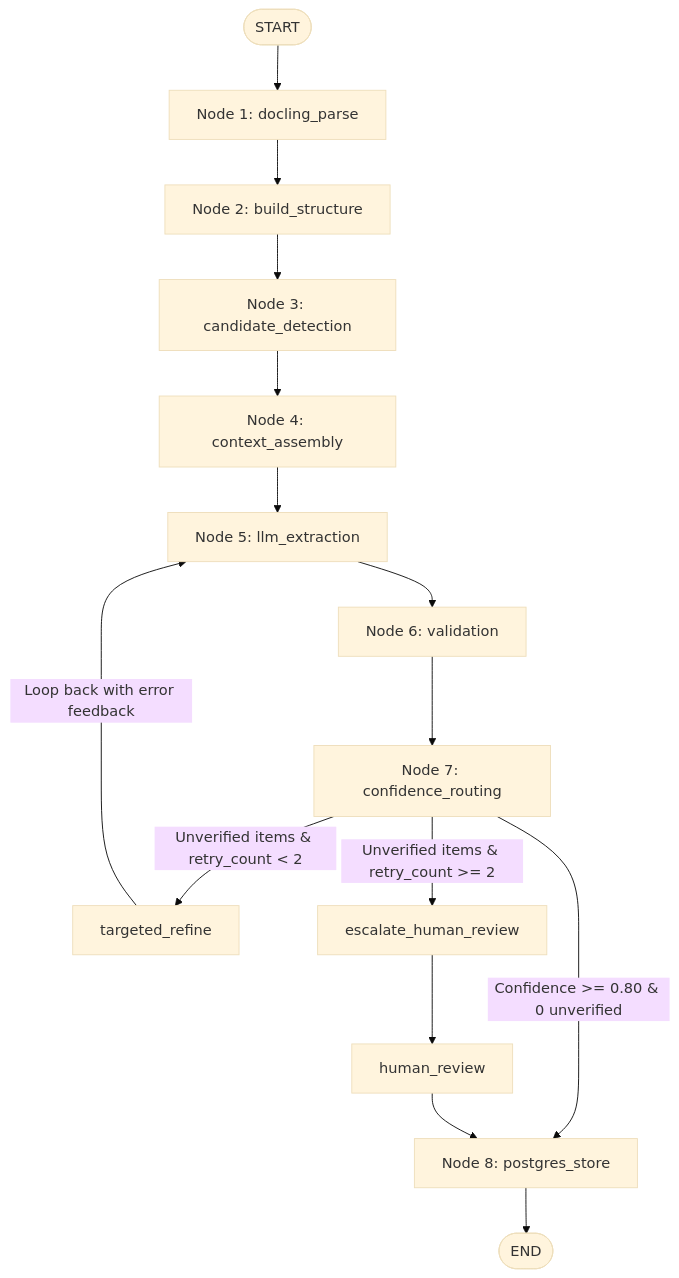
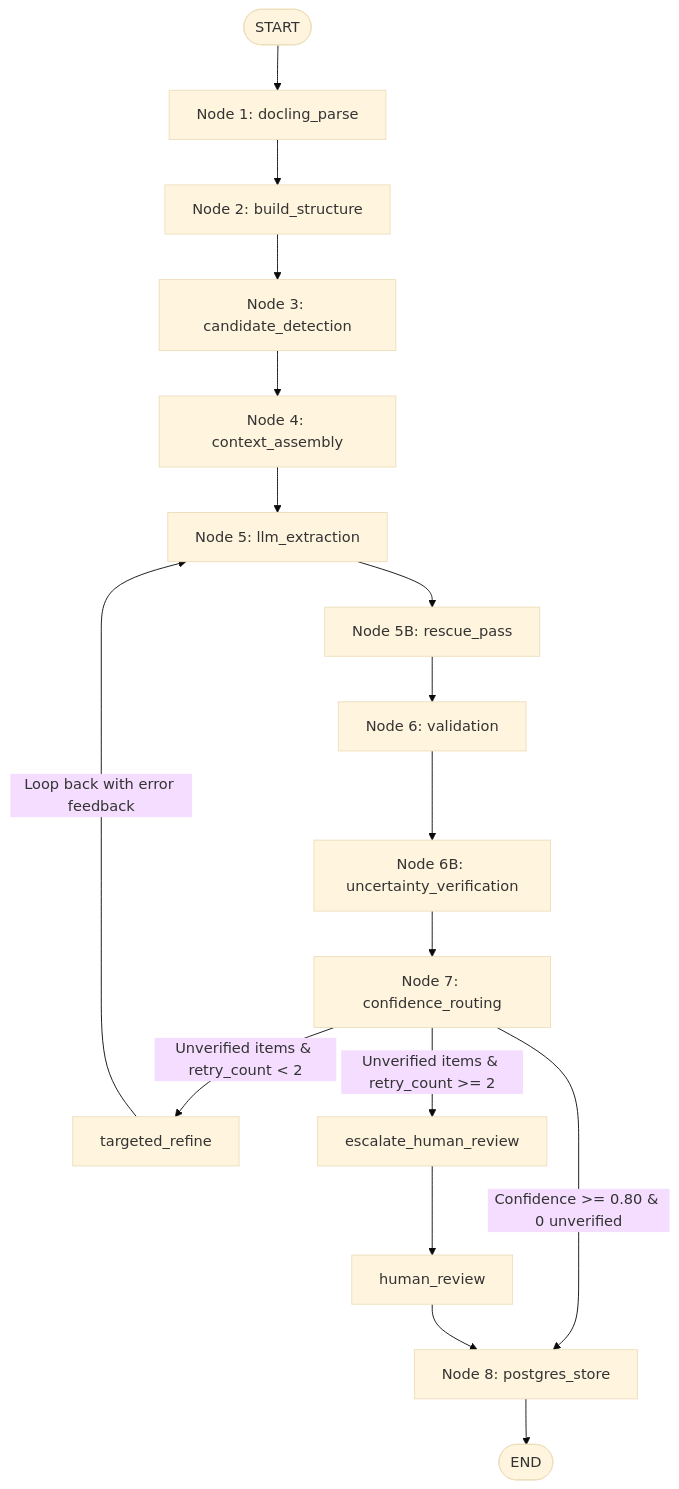
Before and after one commit to lohiya-saurabh/TenderAi: the third of 8 diagrams in docs/LLD.md, drawn with Mermaid (base theme). The commit also changed other lines of this file and 83 other files, not shown here.

````diff
--- a/docs/LLD.md
+++ b/docs/LLD.md
@@ -256,21 +282,23 @@
 ```mermaid
 flowchart TD
     START([START]) --> N1[Node 1: docling_parse]
     N1 --> N2[Node 2: build_structure]
     N2 --> N3[Node 3: candidate_detection]
     N3 --> N4[Node 4: context_assembly]
     N4 --> N5[Node 5: llm_extraction]
-    N5 --> N6[Node 6: validation]
-    N6 --> N7[Node 7: confidence_routing]
+    N5 --> N5B[Node 5B: rescue_pass]
+    N5B --> N6[Node 6: validation]
+    N6 --> N6B[Node 6B: uncertainty_verification]
+    N6B --> N7[Node 7: confidence_routing]
 
     %% Conditional Routing Edge
     N7 -->|Confidence >= 0.80 & 0 unverified| N8[Node 8: postgres_store]
     N7 -->|Unverified items & retry_count < 2| RETRY[targeted_refine]
     N7 -->|Unverified items & retry_count >= 2| ESCALATE[escalate_human_review]
 
     %% Cyclic & Escalation Edges
     RETRY -->|Loop back with error feedback| N5
     ESCALATE --> HUMAN[human_review]
     HUMAN --> N8
     N8 --> END([END])
 ```
````
